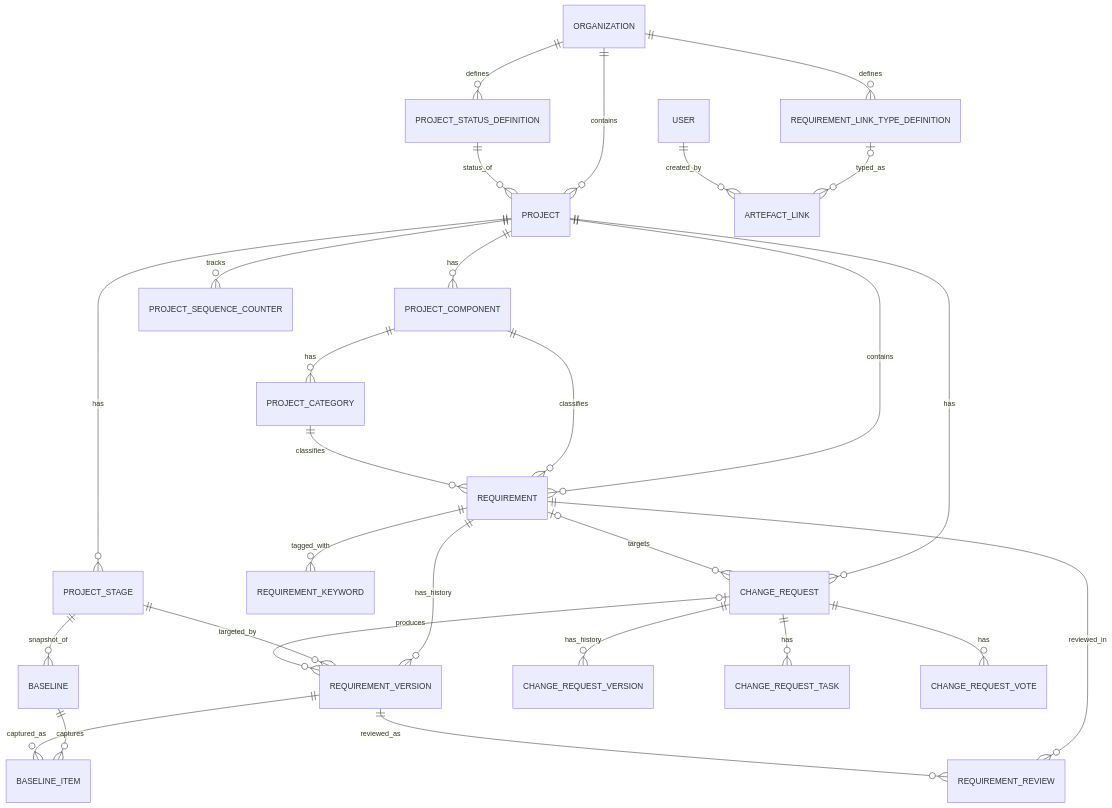
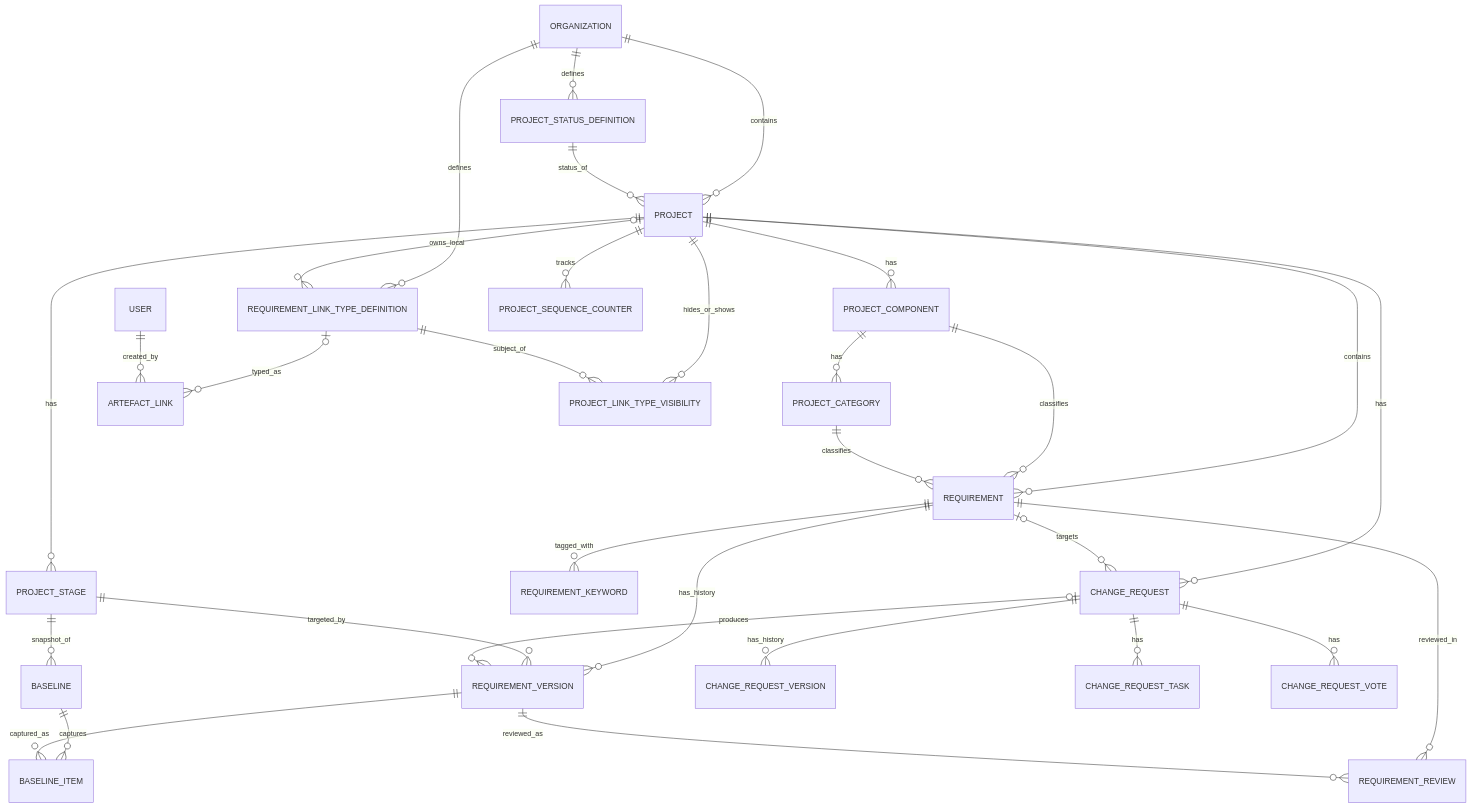
Diagram 11 of 15 in docs/solution-architecture.md (ballardr/reqtrackmanager), drawn with Mermaid before and after one commit. The commit also changed other lines of this file and 465 other files, not shown here.

````diff
--- a/docs/solution-architecture.md
+++ b/docs/solution-architecture.md
@@ -478,30 +549,33 @@
 ```mermaid
 erDiagram
     ORGANIZATION ||--o{ PROJECT : contains
     ORGANIZATION ||--o{ PROJECT_STATUS_DEFINITION : defines
     PROJECT_STATUS_DEFINITION ||--o{ PROJECT : status_of
     PROJECT ||--o{ PROJECT_STAGE : has
     PROJECT ||--o{ PROJECT_COMPONENT : has
     PROJECT_COMPONENT ||--o{ PROJECT_CATEGORY : has
     PROJECT ||--o{ REQUIREMENT : contains
     PROJECT_COMPONENT ||--o{ REQUIREMENT : classifies
     PROJECT_CATEGORY ||--o{ REQUIREMENT : classifies
     REQUIREMENT ||--o{ REQUIREMENT_VERSION : has_history
     PROJECT_STAGE ||--o{ REQUIREMENT_VERSION : targeted_by
     ORGANIZATION ||--o{ REQUIREMENT_LINK_TYPE_DEFINITION : defines
     REQUIREMENT_LINK_TYPE_DEFINITION |o--o{ ARTEFACT_LINK : typed_as
+    PROJECT |o--o{ REQUIREMENT_LINK_TYPE_DEFINITION : owns_local
+    PROJECT ||--o{ PROJECT_LINK_TYPE_VISIBILITY : hides_or_shows
+    REQUIREMENT_LINK_TYPE_DEFINITION ||--o{ PROJECT_LINK_TYPE_VISIBILITY : subject_of
     USER ||--o{ ARTEFACT_LINK : created_by
     PROJECT ||--o{ PROJECT_SEQUENCE_COUNTER : tracks
     REQUIREMENT ||--o{ REQUIREMENT_KEYWORD : tagged_with
     REQUIREMENT ||--o{ REQUIREMENT_REVIEW : reviewed_in
     REQUIREMENT_VERSION ||--o{ REQUIREMENT_REVIEW : reviewed_as
     PROJECT_STAGE ||--o{ BASELINE : snapshot_of
     BASELINE ||--o{ BASELINE_ITEM : captures
     REQUIREMENT_VERSION ||--o{ BASELINE_ITEM : captured_as
     PROJECT ||--o{ CHANGE_REQUEST : has
     REQUIREMENT |o--o{ CHANGE_REQUEST : targets
     CHANGE_REQUEST ||--o{ CHANGE_REQUEST_VERSION : has_history
     CHANGE_REQUEST ||--o{ CHANGE_REQUEST_TASK : has
     CHANGE_REQUEST ||--o{ CHANGE_REQUEST_VOTE : has
     CHANGE_REQUEST |o--o{ REQUIREMENT_VERSION : produces
 ```
````
